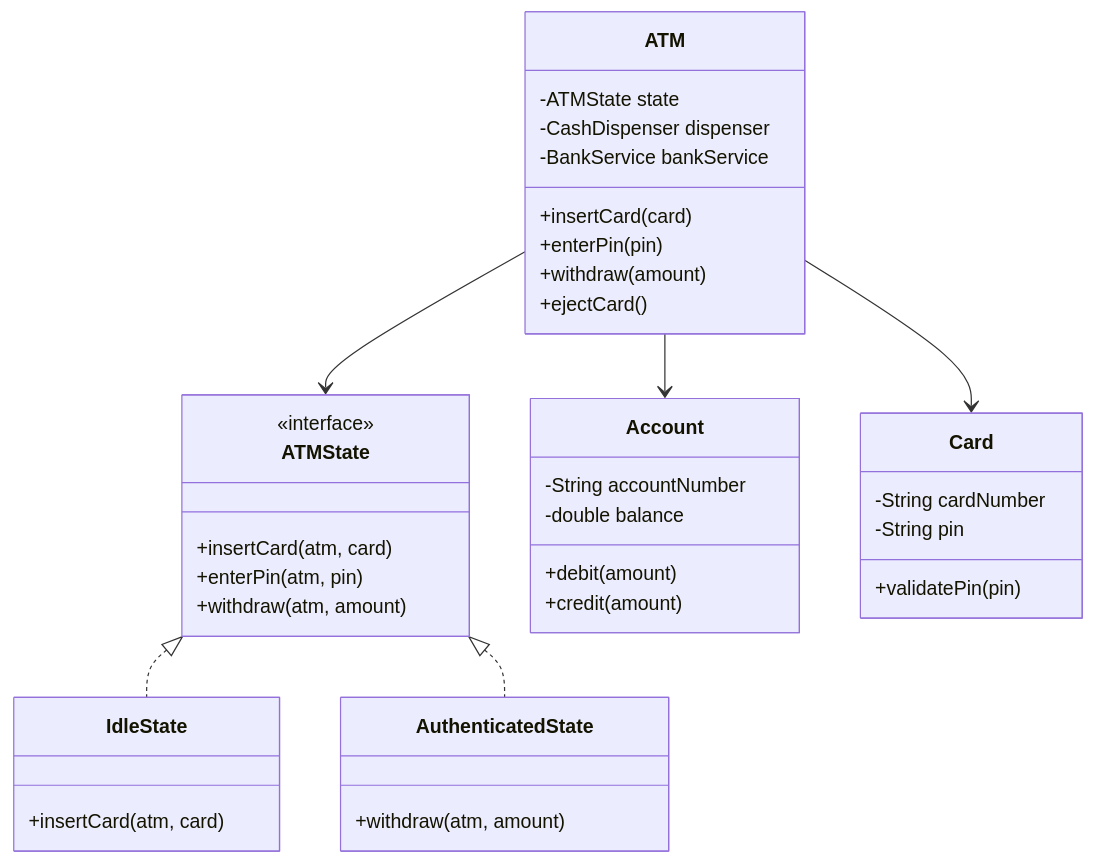
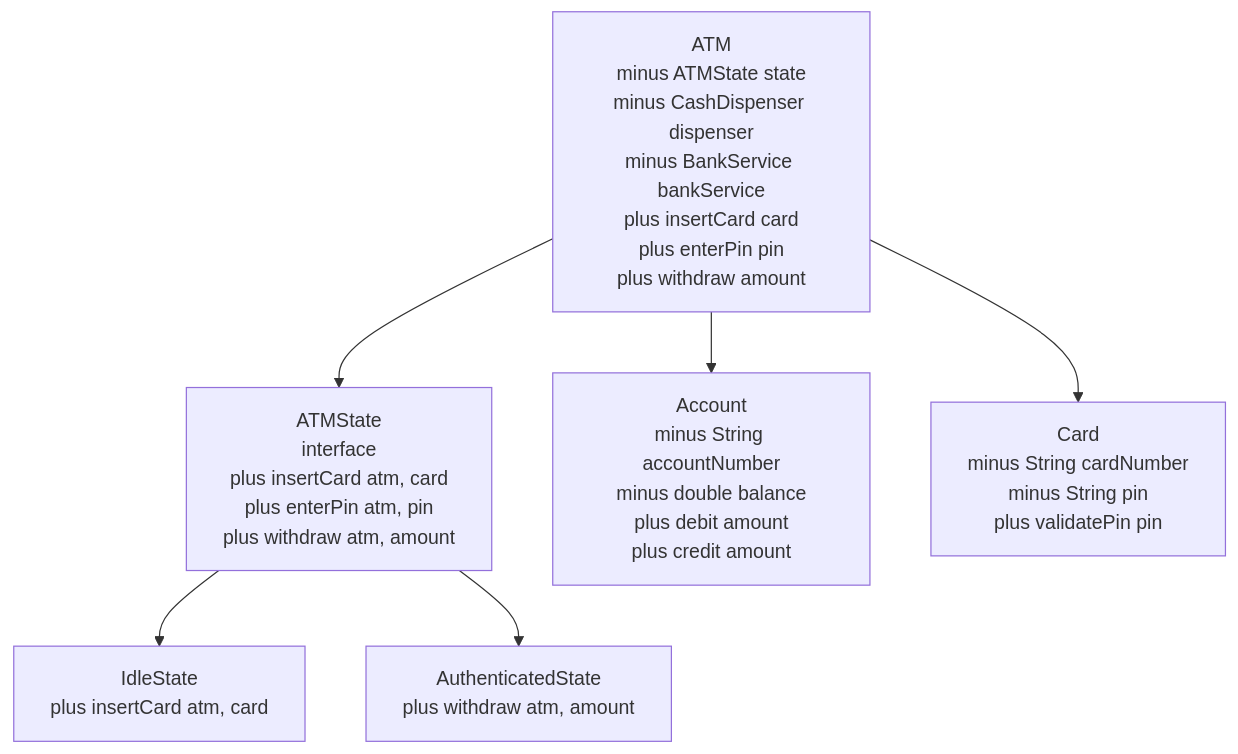
Diagram 14 of 58 in LLD_NOTES/lld_visual_java_reference_fixed.md (mthaiseer/springcloud-systemdesign-notes), drawn with Mermaid before and after one commit. The commit also changed other lines of this file, not shown here.

````diff
--- a/LLD_NOTES/lld_visual_java_reference_fixed.md
+++ b/LLD_NOTES/lld_visual_java_reference_fixed.md
@@ -778,40 +740,14 @@
 ```mermaid
-classDiagram
-  class ATM {
-    -ATMState state
-    -CashDispenser dispenser
-    -BankService bankService
-    +insertCard(card)
-    +enterPin(pin)
-    +withdraw(amount)
-    +ejectCard()
-  }
-  class ATMState {
-    <<interface>>
-    +insertCard(atm, card)
-    +enterPin(atm, pin)
-    +withdraw(atm, amount)
-  }
-  class IdleState {
-    +insertCard(atm, card)
-  }
-  class AuthenticatedState {
-    +withdraw(atm, amount)
-  }
-  class Account {
-    -String accountNumber
-    -double balance
-    +debit(amount)
-    +credit(amount)
-  }
-  class Card {
-    -String cardNumber
-    -String pin
-    +validatePin(pin)
-  }
-  ATM --> ATMState
-  ATMState <|.. IdleState
-  ATMState <|.. AuthenticatedState
-  ATM --> Account
-  ATM --> Card
+flowchart TD
+  C1["ATM<br/>minus ATMState state<br/>minus CashDispenser dispenser<br/>minus BankService bankService<br/>plus insertCard card<br/>plus enterPin pin<br/>plus withdraw amount"]
+  C2["ATMState<br/>interface<br/>plus insertCard atm, card<br/>plus enterPin atm, pin<br/>plus withdraw atm, amount"]
+  C3["IdleState<br/>plus insertCard atm, card"]
+  C4["AuthenticatedState<br/>plus withdraw atm, amount"]
+  C5["Account<br/>minus String accountNumber<br/>minus double balance<br/>plus debit amount<br/>plus credit amount"]
+  C6["Card<br/>minus String cardNumber<br/>minus String pin<br/>plus validatePin pin"]
+  C1 --> C2
+  C2 --> C3
+  C2 --> C4
+  C1 --> C5
+  C1 --> C6
 ```
````
